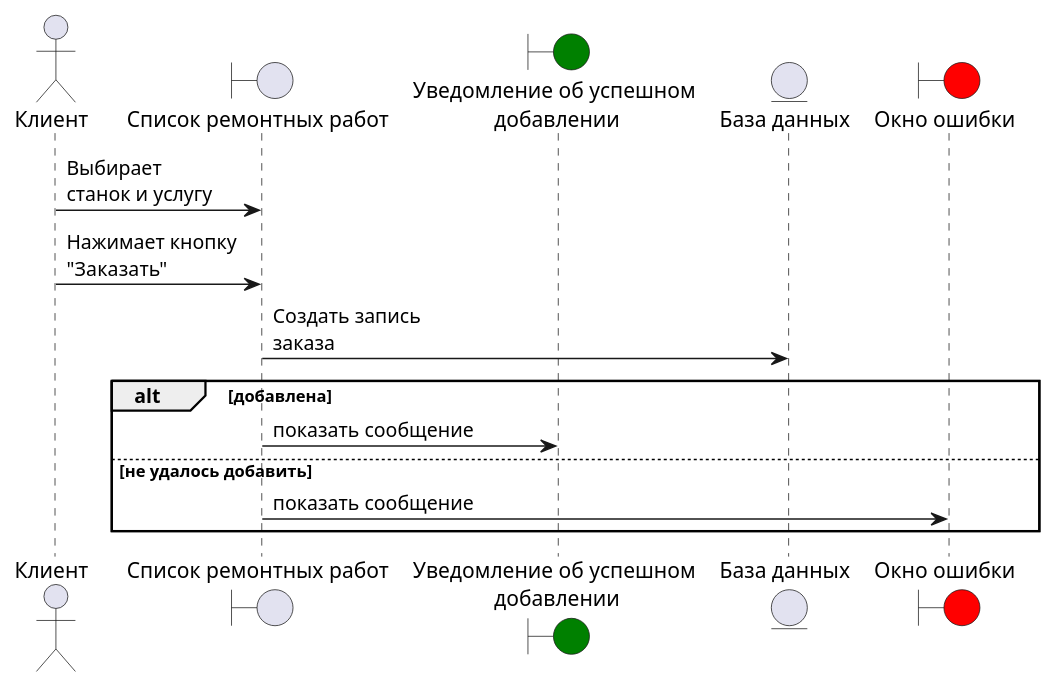
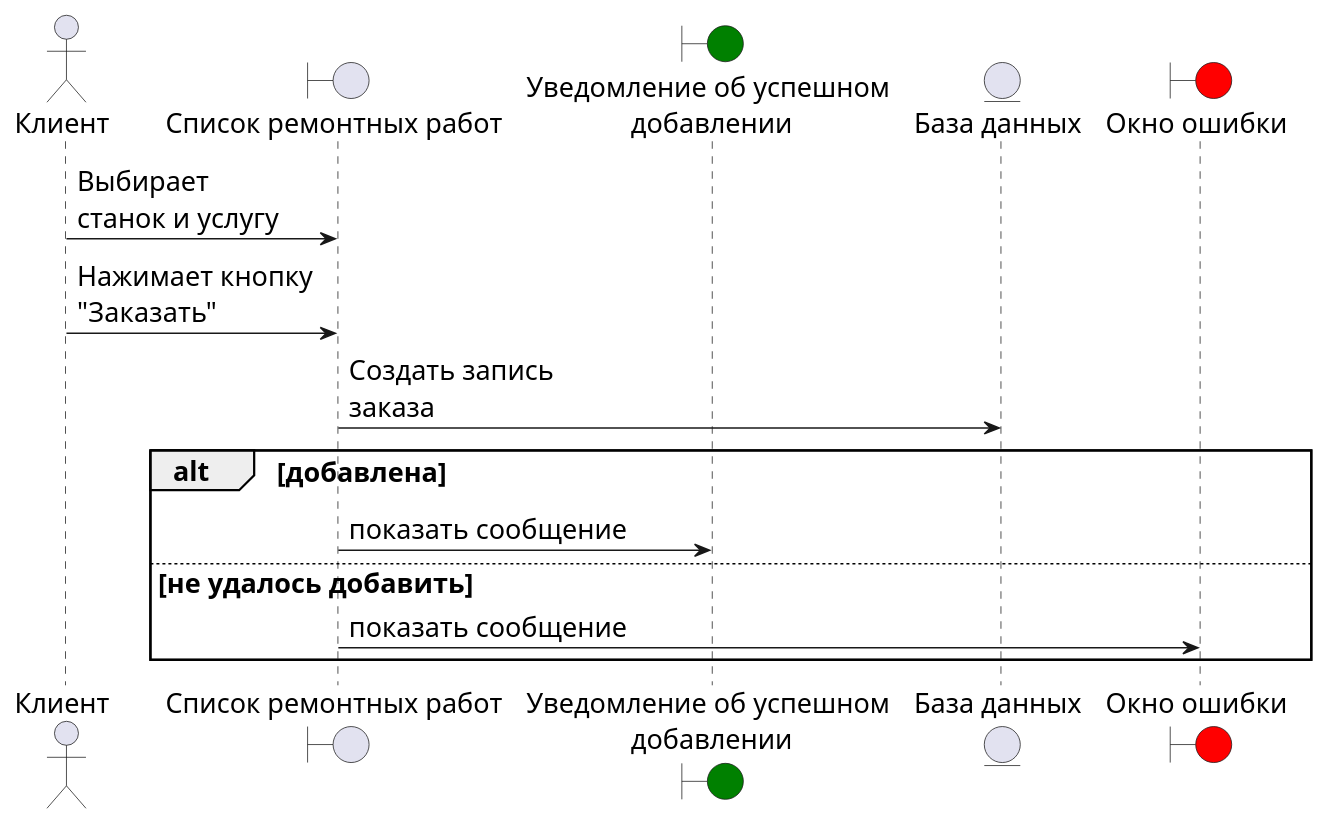
Before and after one commit to Dugers/Machine-repair: the diagram in Diagrams/sequences/do_order.wsd, drawn with PlantUML. The commit also changed 14 other files, not shown here.

Commit message:
update diagrams style

```diff
--- a/Diagrams/sequences/do_order.wsd
+++ b/Diagrams/sequences/do_order.wsd
@@ -1,21 +1,23 @@
 @startuml do_order_sequence
+
+skinparam defaultFontSize 18
 
 actor Клиент as client
 
 boundary "Список ремонтных работ" as list_repairs_screen
 boundary "Уведомление об успешном\n добавлении" as added_info_screen #green
 
 entity "База данных" as db
 
 boundary "Окно ошибки" as error_screen #red
 
 client -> list_repairs_screen : Выбирает\nстанок и услугу
 client -> list_repairs_screen : Нажимает кнопку\n"Заказать"
 list_repairs_screen -> db : Создать запись\nзаказа
 alt добавлена
   list_repairs_screen -> added_info_screen : показать сообщение
 else не удалось добавить
   list_repairs_screen -> error_screen : показать сообщение
 end
 
 @enduml
```
